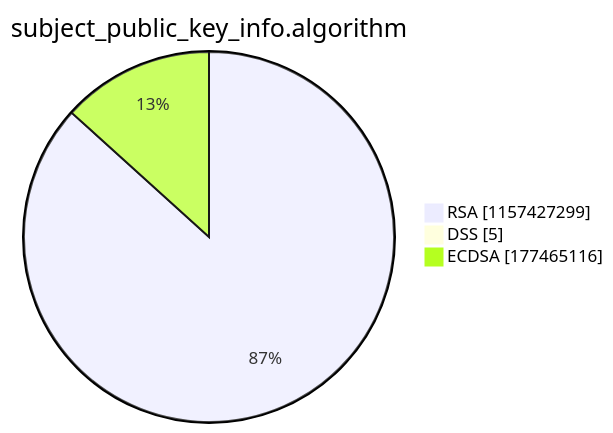
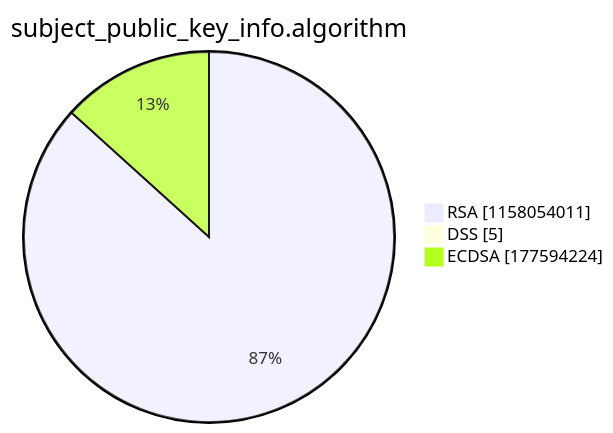
One commit to christiankrug/ctmonitor_visualization changed the third of 15 diagrams in argon2022/README.md. Above: the diagram before and after it, drawn with Mermaid. The commit also changed other lines of this file, not shown here.

````diff
--- a/argon2022/README.md
+++ b/argon2022/README.md
@@ -14,7 +14,7 @@
 ```mermaid
 pie showData
 title subject_public_key_info.algorithm
-"RSA" :1157427299
+"RSA" :1158054011
 "DSS" :5
-"ECDSA" :177465116
+"ECDSA" :177594224
 ```
````
